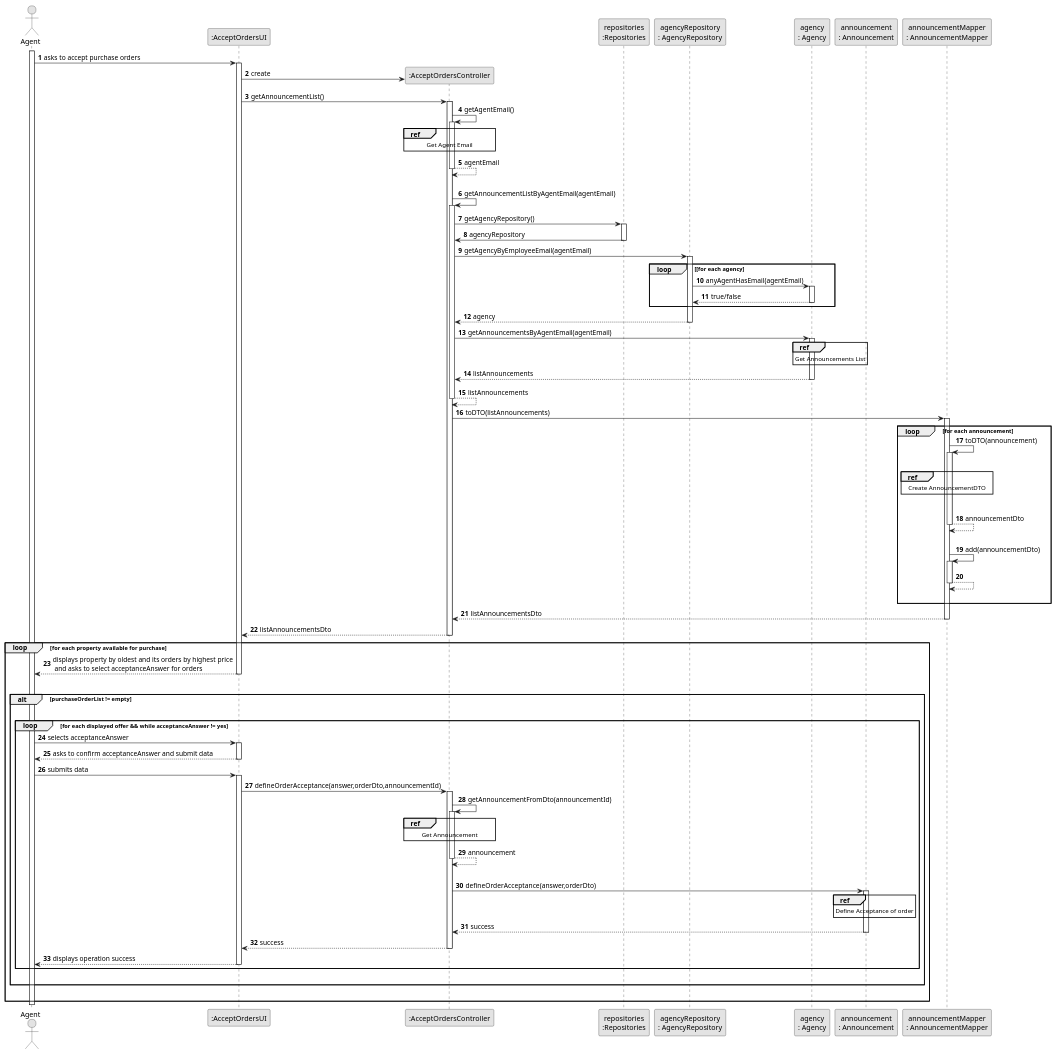
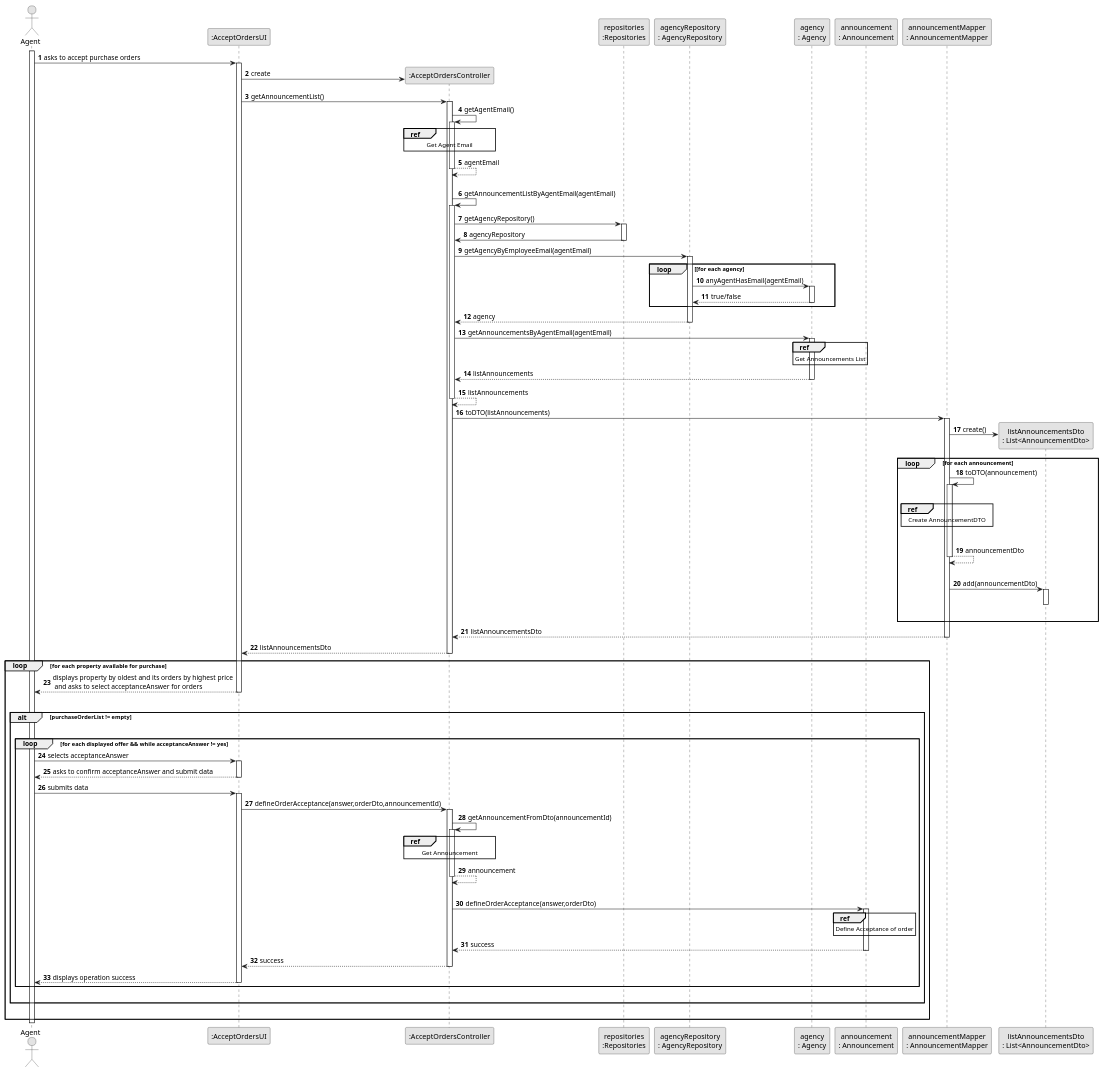
Before and after one commit to rita-barbosa/LAPR2-2223: the diagram in docs/sprintC/us011/03.design/puml/us011-sequence-diagram-split.puml, drawn with PlantUML. The commit also changed 7 other files, not shown here.

Commit message:
Update sequence & class diagram: correcting add to list [US012][Design][#05 Task]

```diff
--- a/docs/sprintC/us011/03.design/puml/us011-sequence-diagram-split.puml
+++ b/docs/sprintC/us011/03.design/puml/us011-sequence-diagram-split.puml
@@ -1,160 +1,161 @@
 @startuml
 skinparam monochrome true
 skinparam packageStyle rectangle
 skinparam shadowing false
 
 autonumber
 
 'hide footbox
 actor "Agent" as ADM
  participant ":AcceptOrdersUI" as UI
  participant ":AcceptOrdersController" as CTRL
  participant "repositories\n:Repositories" as PLAT
  participant "agencyRepository\n: AgencyRepository" as AgRep
  participant "agency\n: Agency" as AGENCY
  participant "announcement\n: Announcement" as Announce
  participant "announcementMapper\n: AnnouncementMapper" as AnnMAPPER
+ participant "listAnnouncementsDto\n: List<AnnouncementDto>" as AnnDtoList
 
 activate ADM
     ADM -> UI : asks to accept purchase orders
     activate UI
 
     UI -> CTRL** : create
 
     UI -> CTRL : getAnnouncementList()
     activate CTRL
 
     CTRL -> CTRL : getAgentEmail()
     activate CTRL
 
         ref over CTRL
             Get Agent Email
         end ref
 
      CTRL --> CTRL : agentEmail
      deactivate CTRL
 
      |||
      CTRL -> CTRL: getAnnouncementListByAgentEmail(agentEmail)
      activate CTRL
 
      CTRL -> PLAT :  getAgencyRepository()
      activate PLAT
 
      PLAT -> CTRL : agencyRepository
      deactivate PLAT
      CTRL -> AgRep: getAgencyByEmployeeEmail(agentEmail)
      activate AgRep
 
          loop [for each agency
              AgRep -> AGENCY : anyAgentHasEmail(agentEmail)
              activate AGENCY
 
                   AGENCY --> AgRep : true/false
              deactivate AGENCY
          end
          AgRep --> CTRL : agency
      deactivate AgRep
 
      CTRL -> AGENCY: getAnnouncementsByAgentEmail(agentEmail)
      activate AGENCY
 
      ref over AGENCY
         Get Announcements List
      end ref
 
      AGENCY --> CTRL : listAnnouncements
      deactivate AGENCY
 
      CTRL --> CTRL: listAnnouncements
      deactivate CTRL
 
-    CTRL -> AnnMAPPER : toDTO(listAnnouncements)
-         activate AnnMAPPER
+     CTRL -> AnnMAPPER : toDTO(listAnnouncements)
+     activate AnnMAPPER
+
+     AnnMAPPER -> AnnDtoList**: create()
 
             loop for each announcement
 
             AnnMAPPER -> AnnMAPPER : toDTO(announcement)
             activate AnnMAPPER
                  |||
                  ref over AnnMAPPER
                       Create AnnouncementDTO
                  end ref
             |||
             AnnMAPPER --> AnnMAPPER: announcementDto
             deactivate AnnMAPPER
             |||
-            AnnMAPPER -> AnnMAPPER: add(announcementDto)
-            activate AnnMAPPER
-
-            AnnMAPPER --> AnnMAPPER:
-            deactivate AnnMAPPER
+            AnnMAPPER -> AnnDtoList: add(announcementDto)
+            activate AnnDtoList
+            deactivate AnnDtoList
 
             |||
             end loop
 
          AnnMAPPER --> CTRL : listAnnouncementsDto
          deactivate AnnMAPPER
 
      CTRL --> UI: listAnnouncementsDto
      deactivate CTRL
 
     loop for each property available for purchase
 
     UI --> ADM : displays property by oldest and its orders by highest price\n and asks to select acceptanceAnswer for orders
     deactivate UI
         |||
         alt purchaseOrderList != empty
             |||
             loop for each displayed offer && while acceptanceAnswer != yes
 
             ADM -> UI  : selects acceptanceAnswer
             activate UI
 
             UI --> ADM : asks to confirm acceptanceAnswer and submit data
             deactivate UI
 
             ADM -> UI  : submits data
             activate UI
 
             UI -> CTRL : defineOrderAcceptance(answer,orderDto,announcementId)
             activate CTRL
 
             CTRL -> CTRL: getAnnouncementFromDto(announcementId)
             activate CTRL
 
                 ref over CTRL
                     Get Announcement
                 end ref
 
             CTRL --> CTRL : announcement
             deactivate CTRL
 
             |||
             CTRL-> Announce : defineOrderAcceptance(answer,orderDto)
             activate Announce
 
             ref over Announce
                 Define Acceptance of order
             end ref
 
             Announce --> CTRL : success
             deactivate Announce
 
             CTRL --> UI : success
             deactivate CTRL
 
             UI --> ADM : displays operation success
             deactivate UI
 
             end loop
         |||
         end alt
     |||
     end loop
 
     deactivate ADM
 
 
 
 @enduml
```
